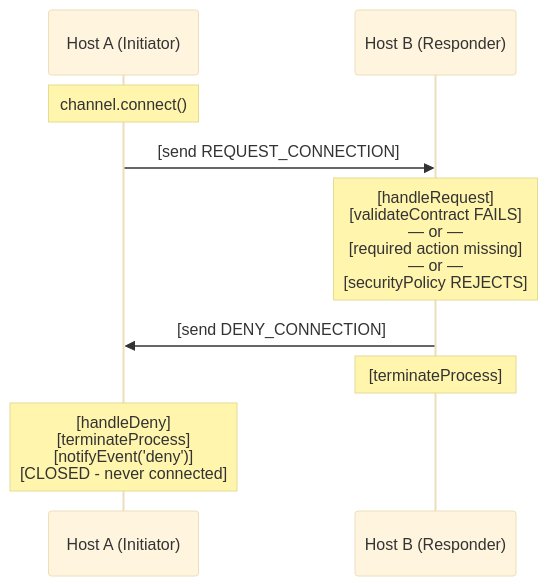
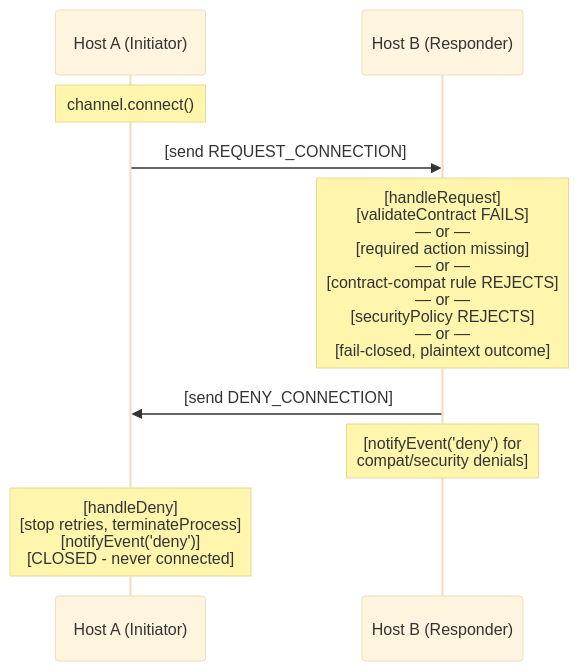
Before and after one commit to AndrewRedican/hyperfrontend: the fourth of 8 diagrams in libs/nexus/ARCHITECTURE.md, drawn with Mermaid. The commit also changed other lines of this file and 1 other file, not shown here.

Commit message:
docs(lib-nexus): move protocol depth into the architecture guide

````diff
--- a/libs/nexus/ARCHITECTURE.md
+++ b/libs/nexus/ARCHITECTURE.md
@@ -269,18 +297,18 @@
 ```mermaid
 ---
 config:
   theme: base
   themeVariables:
     fontSize: 12px
 ---
 sequenceDiagram
     participant HostA as Host A (Initiator)
     participant HostB as Host B (Responder)
 
     Note over HostA: channel.connect()
     HostA->>HostB: [send REQUEST_CONNECTION]
-    Note over HostB: [handleRequest]<br/>[validateContract FAILS]<br/>— or —<br/>[required action missing]<br/>— or —<br/>[securityPolicy REJECTS]
+    Note over HostB: [handleRequest]<br/>[validateContract FAILS]<br/>— or —<br/>[required action missing]<br/>— or —<br/>[contract-compat rule REJECTS]<br/>— or —<br/>[securityPolicy REJECTS]<br/>— or —<br/>[fail-closed, plaintext outcome]
     HostB->>HostA: [send DENY_CONNECTION]
-    Note over HostB: [terminateProcess]
-    Note over HostA: [handleDeny]<br/>[terminateProcess]<br/>[notifyEvent('deny')]<br/>[CLOSED - never connected]
+    Note over HostB: [notifyEvent('deny') for<br/>compat/security denials]
+    Note over HostA: [handleDeny]<br/>[stop retries, terminateProcess]<br/>[notifyEvent('deny')]<br/>[CLOSED - never connected]
 ```
````
